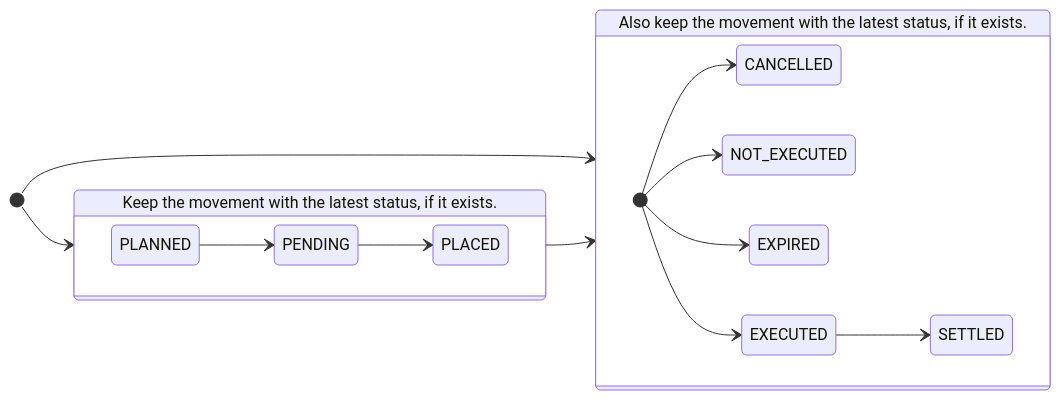
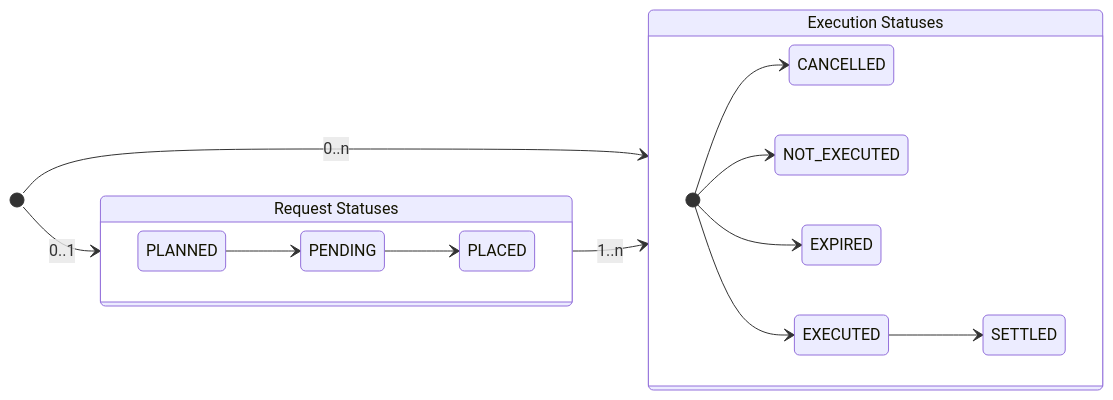
Before and after one commit to arcilli/investsuite-api-docs: the second of 2 diagrams in docs/concepts/transactions.md, drawn with Mermaid. The commit also changed other lines of this file and 2 other files, not shown here.

````diff
--- a/docs/concepts/transactions.md
+++ b/docs/concepts/transactions.md
@@ -448,24 +457,24 @@
 ```mermaid
 stateDiagram-v2
     direction LR
-    groupOne: Keep the movement with the latest status, if it exists.
-    groupTwo: Also keep the movement with the latest status, if it exists.
+    groupOne: Request Statuses
+    groupTwo: Execution Statuses
 
-    [*] --> groupOne
-    [*] --> groupTwo
-    groupOne --> groupTwo
+    [*] --> groupOne: 0..1
+    [*] --> groupTwo: 0..n
+    groupOne --> groupTwo: 1..n
 
     state groupOne {
         direction LR
         PLANNED --> PENDING
         PENDING --> PLACED
     }
     state groupTwo {
     direction LR
       [*] --> CANCELLED
       [*] --> NOT_EXECUTED
       [*] --> EXPIRED
       [*] --> EXECUTED
       EXECUTED --> SETTLED
     }
 ```
````
